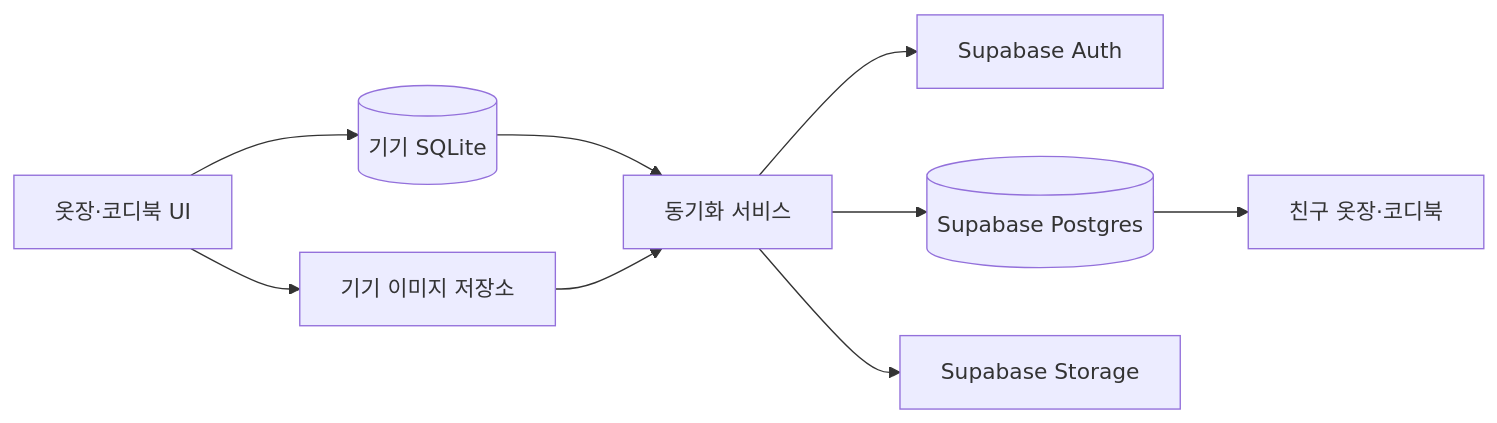
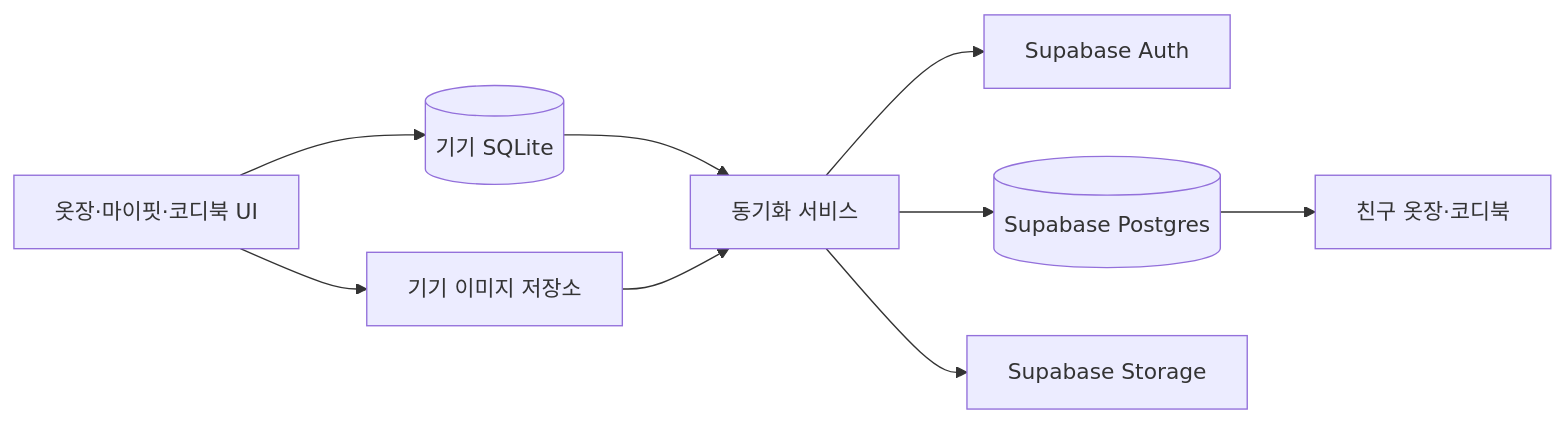
Before and after one commit to 0xseo/LookBookie: the diagram in README.md, drawn with Mermaid. The commit also changed other lines of this file and 6 other files, not shown here.

````diff
--- a/README.md
+++ b/README.md
@@ -59,11 +67,11 @@
 ```mermaid
 flowchart LR
-  UI[옷장·코디북 UI] --> DB[(기기 SQLite)]
+  UI[옷장·마이핏·코디북 UI] --> DB[(기기 SQLite)]
   UI --> FILES[기기 이미지 저장소]
   DB --> SYNC[동기화 서비스]
   FILES --> SYNC
   SYNC --> AUTH[Supabase Auth]
   SYNC --> PG[(Supabase Postgres)]
   SYNC --> STORAGE[Supabase Storage]
   PG --> FRIENDS[친구 옷장·코디북]
 ```
````
